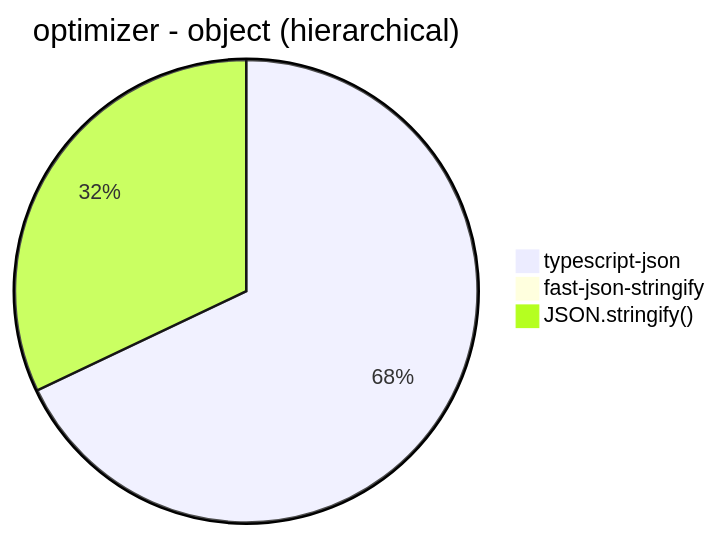
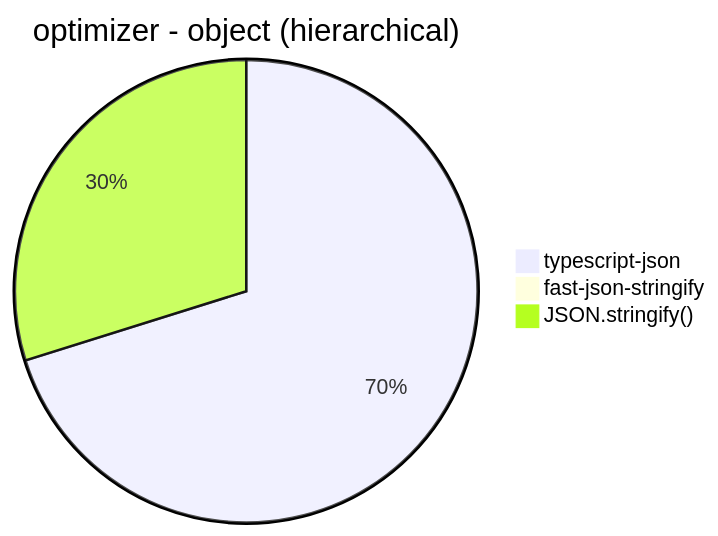
One commit to samchon/typia changed diagram 16 of 30 in benchmark/results/Apple M1.md. Above: the diagram before and after it, drawn with Mermaid. The commit also changed other lines of this file, not shown here.

````diff
--- a/benchmark/results/Apple M1.md
+++ b/benchmark/results/Apple M1.md
@@ -165,6 +166,6 @@
 ```mermaid
 pie title optimizer - object (hierarchical)
-  "typescript-json": 6609.805361733383
-  "fast-json-stringify": 2.175883952855848
-  "JSON.stringify()": 3117.0348731057147
+  "typescript-json": 6823.8077903167095
+  "fast-json-stringify": 1.3271400132714002
+  "JSON.stringify()": 2901.331387926318
 ```
````
